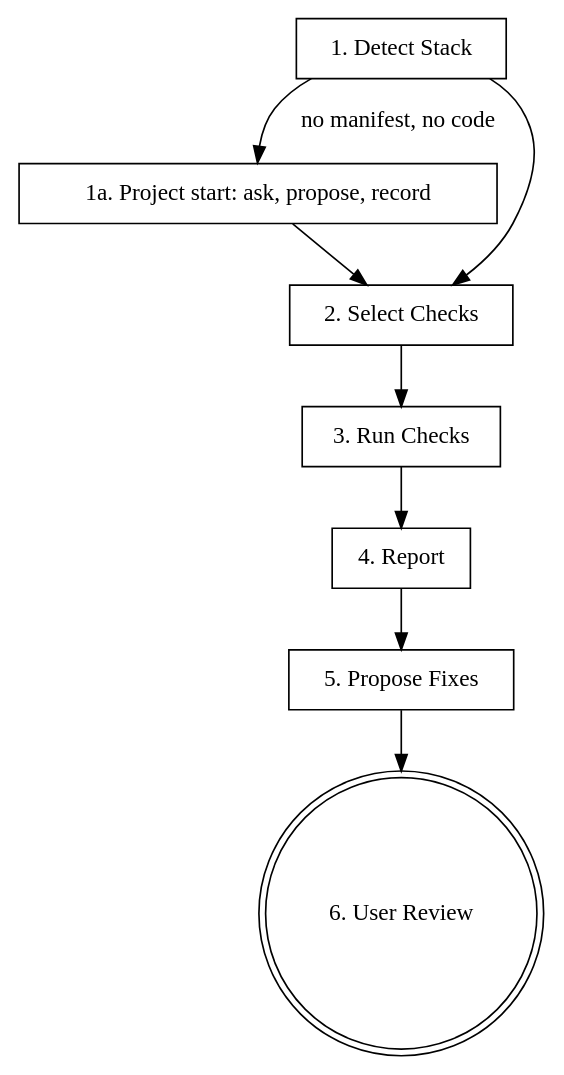
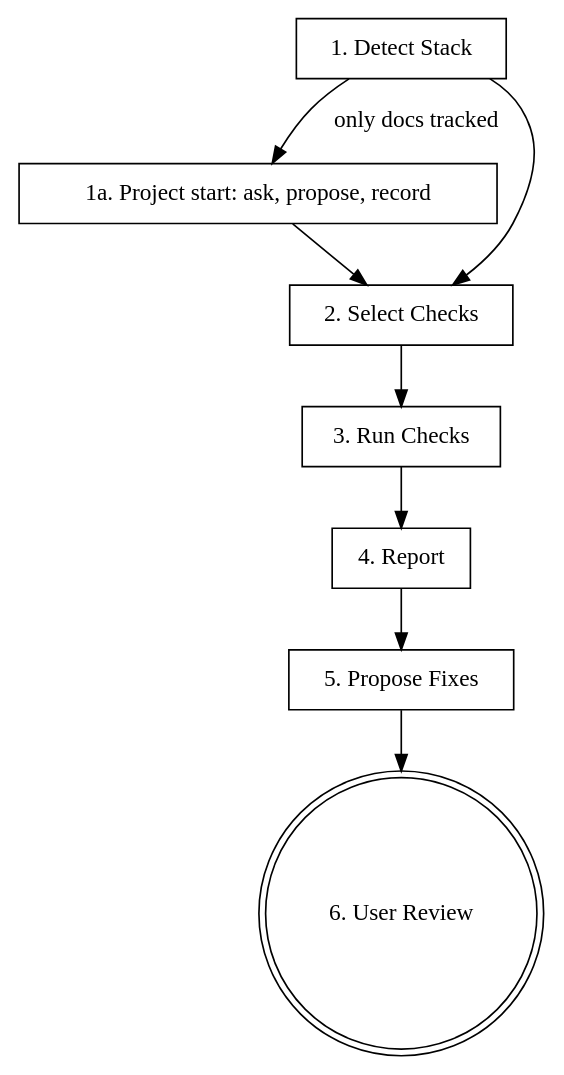
The diagram in plugins/repo-setup/skills/codebase-doctor/SKILL.md (shibamasa-dev/claude-code-plugins), drawn with Graphviz before and after one commit. The commit also changed other lines of this file and 2 other files, not shown here.

````diff
--- a/plugins/repo-setup/skills/codebase-doctor/SKILL.md
+++ b/plugins/repo-setup/skills/codebase-doctor/SKILL.md
@@ -14,16 +14,16 @@
 ```dot
 digraph doctor {
   rankdir=TB;
   detect [label="1. Detect Stack" shape=box];
   start [label="1a. Project start: ask, propose, record" shape=box];
   select [label="2. Select Checks" shape=box];
   run [label="3. Run Checks" shape=box];
   report [label="4. Report" shape=box];
   propose [label="5. Propose Fixes" shape=box];
   review [label="6. User Review" shape=doublecircle];
 
   detect -> select -> run -> report -> propose -> review;
-  detect -> start [label="no manifest, no code"];
+  detect -> start [label="only docs tracked"];
   start -> select;
 }
 ```
````
